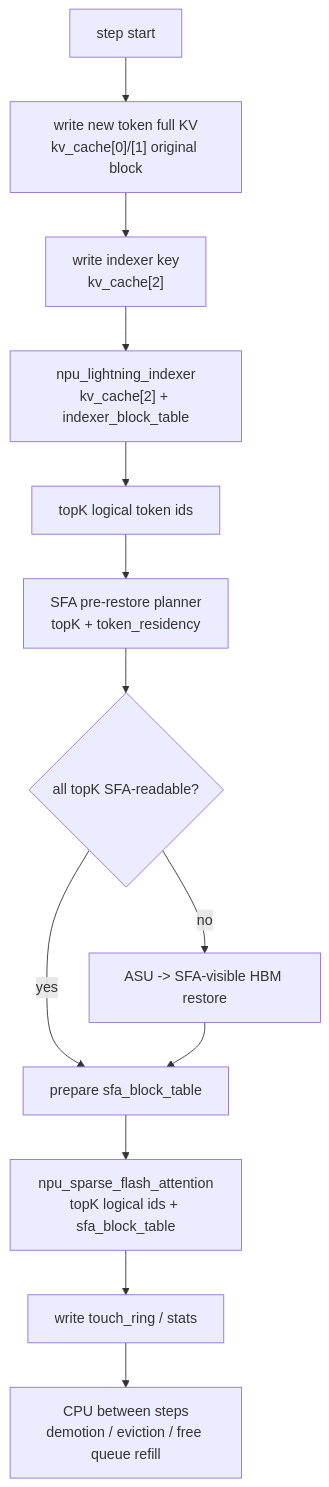
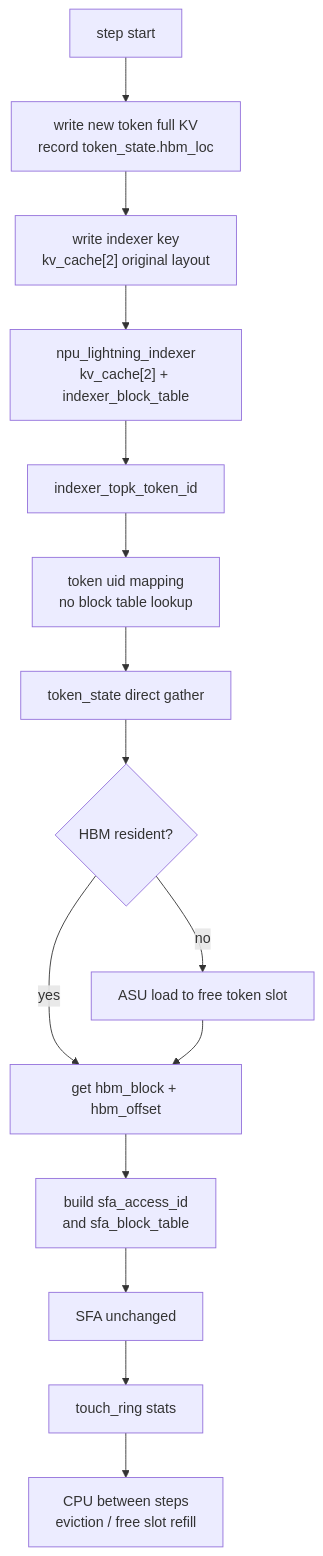
The third of 6 diagrams in docs/draft/2026-06-02-npu-hbm-kvcache-management-draft.md (ykfnxx/ASU-Ascend), drawn with Mermaid before and after one commit. The commit also changed other lines of this file, not shown here.

Commit message:
Refine KVCache token-state SFA remap design

````diff
--- a/docs/draft/2026-06-02-npu-hbm-kvcache-management-draft.md
+++ b/docs/draft/2026-06-02-npu-hbm-kvcache-management-draft.md
@@ -366,15 +436,17 @@
 ```mermaid
 flowchart TB
-    A["step start"] --> B["write new token full KV<br/>kv_cache[0]/[1] original block"]
-    B --> C["write indexer key<br/>kv_cache[2]"]
+    A["step start"] --> B["write new token full KV<br/>record token_state.hbm_loc"]
+    B --> C["write indexer key<br/>kv_cache[2] original layout"]
     C --> D["npu_lightning_indexer<br/>kv_cache[2] + indexer_block_table"]
-    D --> E["topK logical token ids"]
-    E --> F["SFA pre-restore planner<br/>topK + token_residency"]
-    F --> G{"all topK SFA-readable?"}
-    G -- "yes" --> H["prepare sfa_block_table"]
-    G -- "no" --> I["ASU -> SFA-visible HBM restore"]
-    I --> H
-    H --> J["npu_sparse_flash_attention<br/>topK logical ids + sfa_block_table"]
-    J --> K["write touch_ring / stats"]
-    K --> L["CPU between steps<br/>demotion / eviction / free queue refill"]
+    D --> E["indexer_topk_token_id"]
+    E --> F["token uid mapping<br/>no block table lookup"]
+    F --> G["token_state direct gather"]
+    G --> H{"HBM resident?"}
+    H -- "yes" --> I["get hbm_block + hbm_offset"]
+    H -- "no" --> J["ASU load to free token slot"]
+    J --> I
+    I --> K["build sfa_access_id<br/>and sfa_block_table"]
+    K --> L["SFA unchanged"]
+    L --> M["touch_ring stats"]
+    M --> N["CPU between steps<br/>eviction / free slot refill"]
 ```
````
